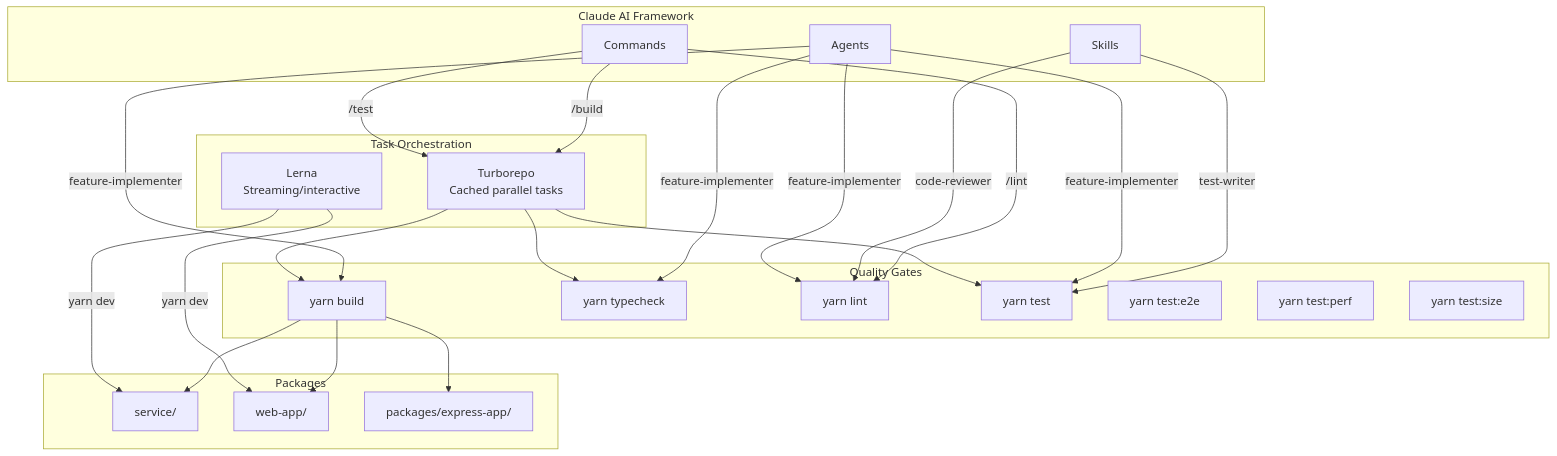
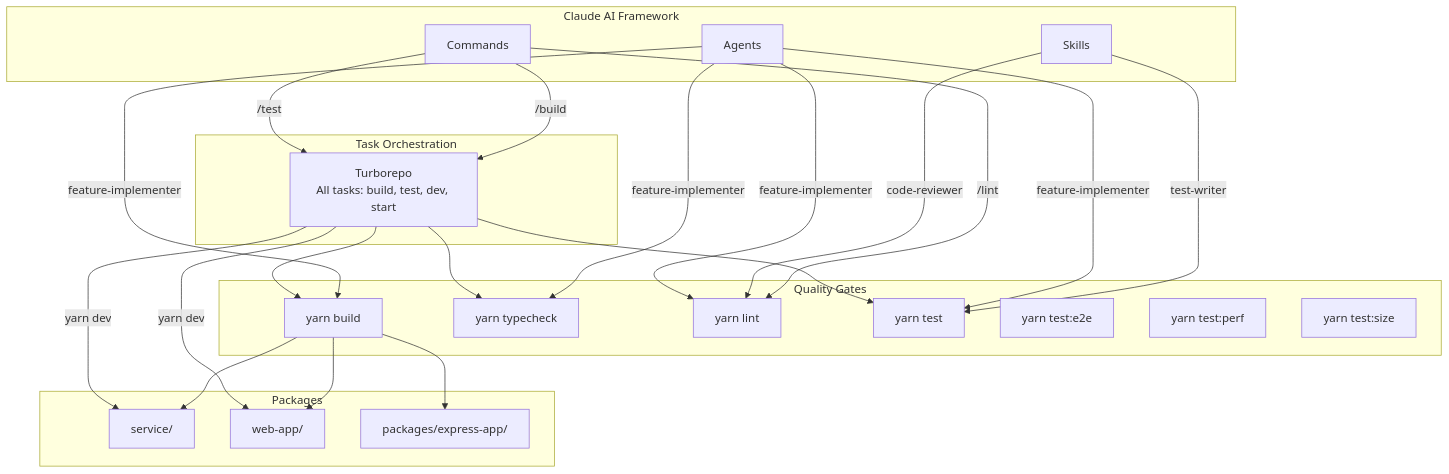
Before and after one commit to dhruv-m-patel/monorepo: the fifth of 6 diagrams in docs/ai-framework/architecture.md, drawn with Mermaid. The commit also changed other lines of this file and 23 other files, not shown here.

First line of the commit message:
feat: remove Lerna, fully adopt Turborepo, modernize Dockerfiles and production setup

````diff
--- a/docs/ai-framework/architecture.md
+++ b/docs/ai-framework/architecture.md
@@ -193,50 +193,49 @@
 ```mermaid
 graph TB
     subgraph "Claude AI Framework"
         CMD[Commands]
         SKILL[Skills]
         AGENT[Agents]
     end
 
     subgraph "Task Orchestration"
-        TURBO[Turborepo<br/>Cached parallel tasks]
-        LERNA[Lerna<br/>Streaming/interactive]
+        TURBO[Turborepo<br/>All tasks: build, test, dev, start]
     end
 
     subgraph "Quality Gates"
         BUILD[yarn build]
         TC[yarn typecheck]
         LINT[yarn lint]
         TEST[yarn test]
         E2E[yarn test:e2e]
         PERF[yarn test:perf]
         SIZE[yarn test:size]
     end
 
     subgraph "Packages"
         SVC[service/]
         WEB[web-app/]
         PKG[packages/express-app/]
     end
 
     CMD -->|/build| TURBO
     CMD -->|/test| TURBO
     CMD -->|/lint| LINT
     SKILL -->|code-reviewer| LINT
     SKILL -->|test-writer| TEST
     AGENT -->|feature-implementer| BUILD
     AGENT -->|feature-implementer| TC
     AGENT -->|feature-implementer| LINT
     AGENT -->|feature-implementer| TEST
 
     TURBO --> BUILD
     TURBO --> TC
     TURBO --> TEST
 
     BUILD --> SVC
     BUILD --> WEB
     BUILD --> PKG
 
-    LERNA -->|yarn dev| SVC
-    LERNA -->|yarn dev| WEB
+    TURBO -->|yarn dev| SVC
+    TURBO -->|yarn dev| WEB
 ```
````
